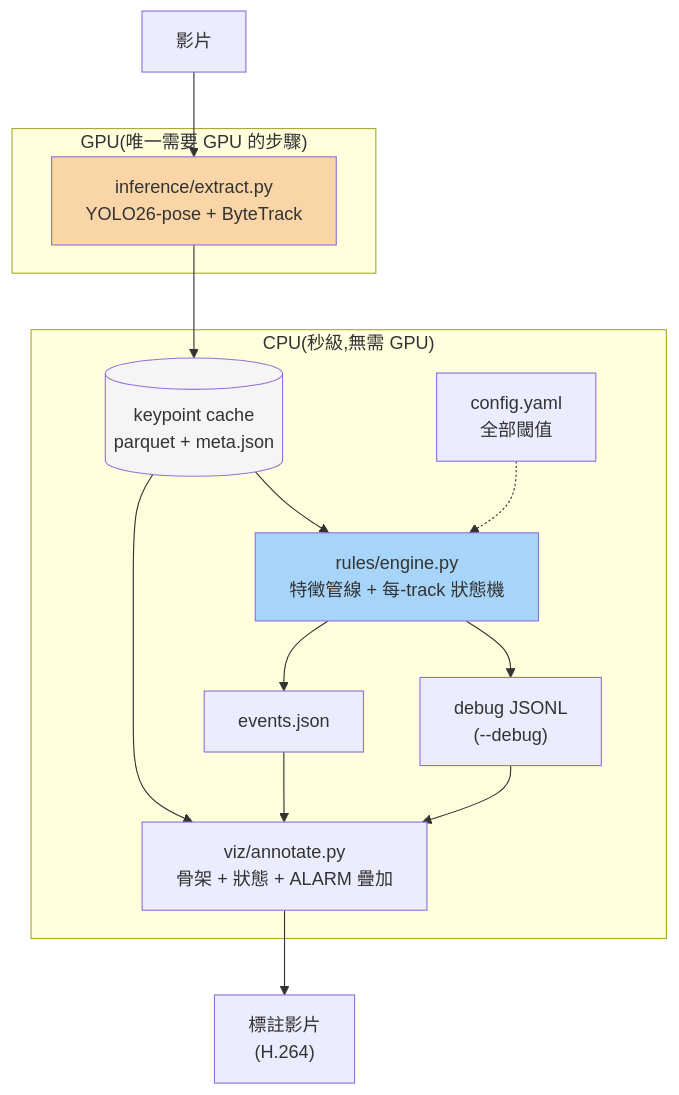
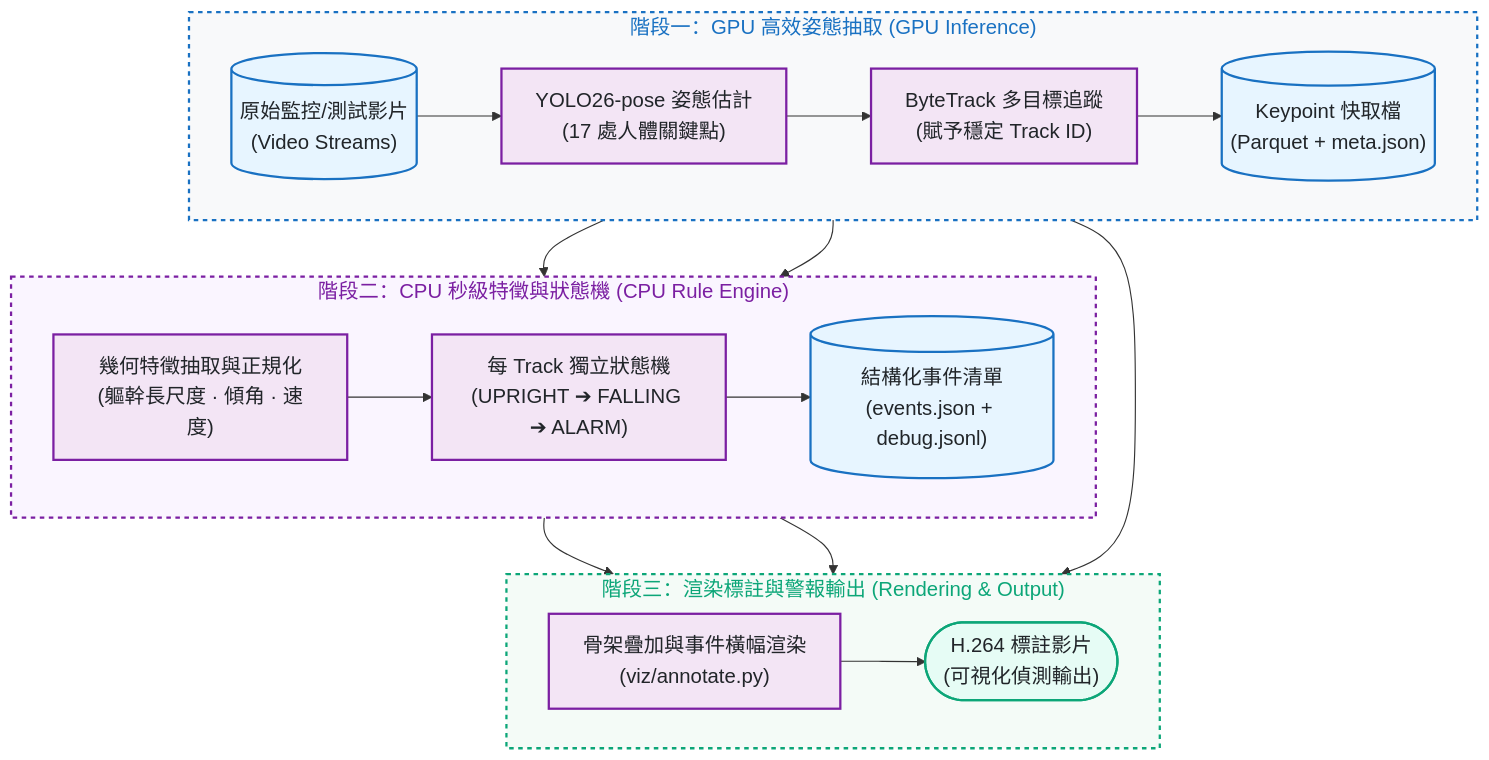
The first of 2 diagrams in README.md (kuotunyu/fall-detection-pose), drawn with Mermaid before and after one commit. The commit also changed other lines of this file and 1 other file, not shown here.

Commit message:
docs: overhaul README with 20px card container flowcharts, badges, and clean typography

````diff
--- a/README.md
+++ b/README.md
@@ -107,26 +61,32 @@
 ```mermaid
+%%{init: {'themeVariables': {'fontSize': '18px'}}}%%
 flowchart TD
-    V[影片] --> EX
-
-    subgraph gpu["GPU(唯一需要 GPU 的步驟)"]
-        EX["inference/extract.py<br/>YOLO26-pose + ByteTrack"]
+    subgraph GpuStage ["階段一：GPU 高效姿態抽取 (GPU Inference)"]
+        direction LR
+        Video[("原始監控/測試影片<br/>(Video Streams)")] --> Pose["YOLO26-pose 姿態估計<br/>(17 處人體關鍵點)"] --> Track["ByteTrack 多目標追蹤<br/>(賦予穩定 Track ID)"] --> Cache[("Keypoint 快取檔<br/>(Parquet + meta.json)")]
     end
 
-    EX --> CACHE[("keypoint cache<br/>parquet + meta.json")]
-
-    subgraph cpu["CPU(秒級,無需 GPU)"]
-        CACHE --> ENGINE["rules/engine.py<br/>特徵管線 + 每-track 狀態機"]
-        CFG["config.yaml<br/>全部閾值"] -.-> ENGINE
-        ENGINE --> EVENTS["events.json"]
-        ENGINE --> DEBUG["debug JSONL<br/>(--debug)"]
-        CACHE --> ANNOTATE["viz/annotate.py<br/>骨架 + 狀態 + ALARM 疊加"]
-        EVENTS --> ANNOTATE
-        DEBUG --> ANNOTATE
+    subgraph CpuStage ["階段二：CPU 秒級特徵與狀態機 (CPU Rule Engine)"]
+        direction LR
+        Cache --> Feat["幾何特徵抽取與正規化<br/>(軀幹長尺度 · 傾角 · 速度)"] --> FSM["每 Track 獨立狀態機<br/>(UPRIGHT ➔ FALLING ➔ ALARM)"] --> Events[("結構化事件清單<br/>(events.json + debug.jsonl)")]
     end
 
-    ANNOTATE --> OUT["標註影片<br/>(H.264)"]
+    subgraph VizStage ["階段三：渲染標註與警報輸出 (Rendering & Output)"]
+        direction LR
+        Events & Cache --> Annotate["骨架疊加與事件橫幅渲染<br/>(viz/annotate.py)"] --> OutVid(["H.264 標註影片<br/>(可視化偵測輸出)"])
+    end
 
-    style EX fill:#f9d5a7
-    style CACHE fill:#f5f5f5
-    style ENGINE fill:#a7d5f9
+    GpuStage --> CpuStage --> VizStage
+
+    classDef srcStyle fill:#e7f5ff,stroke:#1971c2,stroke-width:2px,color:#212529
+    classDef procStyle fill:#f3e5f5,stroke:#7b1fa2,stroke-width:2px,color:#212529
+    classDef evalStyle fill:#e6fcf5,stroke:#0ca678,stroke-width:2px,color:#212529
+
+    class Video,Cache,Events srcStyle
+    class Pose,Track,Feat,FSM,Annotate procStyle
+    class OutVid evalStyle
+
+    style GpuStage fill:#f8f9fa,stroke:#1971c2,stroke-width:2px,color:#1971c2,stroke-dasharray: 4 4
+    style CpuStage fill:#faf5ff,stroke:#7b1fa2,stroke-width:2px,color:#7b1fa2,stroke-dasharray: 4 4
+    style VizStage fill:#f4fbf7,stroke:#0ca678,stroke-width:2px,color:#0ca678,stroke-dasharray: 4 4
 ```
````
